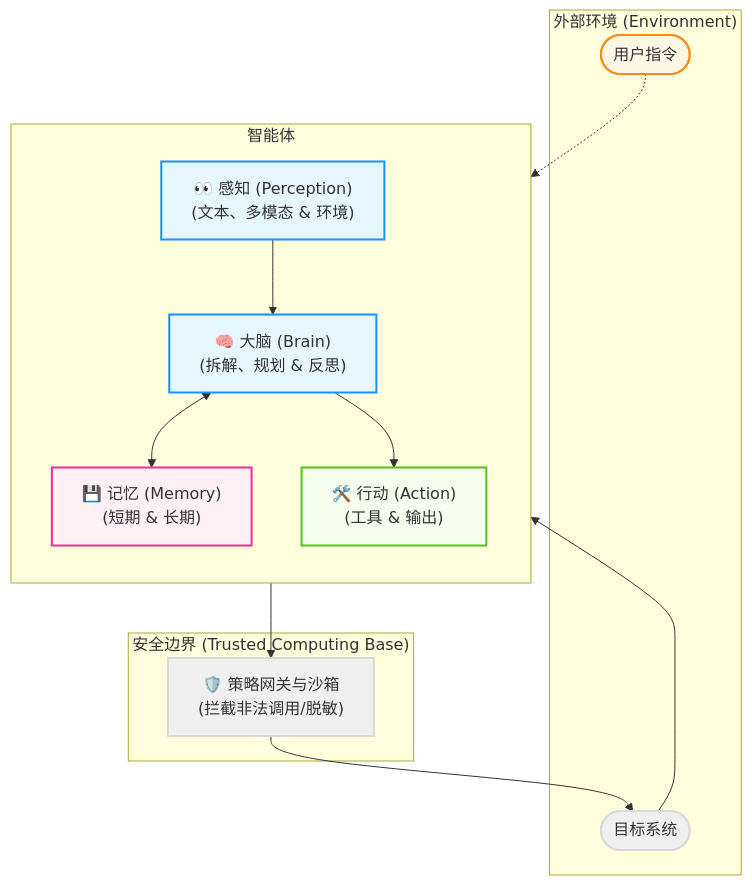
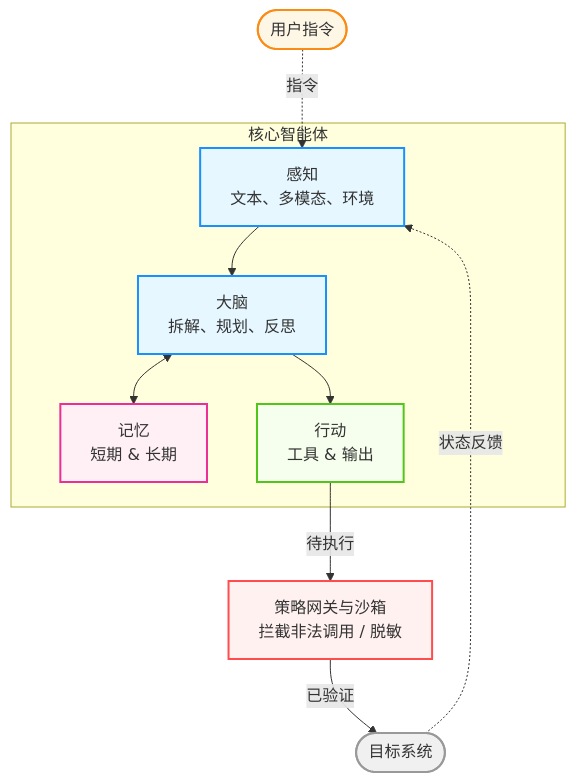
Before and after one commit to yeasy/agentic_ai_guide: the diagram in 01_paradigm/1.3_components.md, drawn with Mermaid.

Commit message:
Simplify Mermaid diagram layout for figure 1-3

````diff
--- a/01_paradigm/1.3_components.md
+++ b/01_paradigm/1.3_components.md
@@ -11,42 +11,29 @@
 ```mermaid
 graph TD
-    %% Agentic Design System
-    classDef env fill:#f0f0f0,stroke:#d9d9d9,stroke-width:2px;
+    classDef user fill:#fff7e6,stroke:#fa8c16,stroke-width:2px;
     classDef agent fill:#e6f7ff,stroke:#1890ff,stroke-width:2px;
     classDef memory fill:#fff0f6,stroke:#eb2f96,stroke-width:2px;
     classDef tool fill:#f6ffed,stroke:#52c41a,stroke-width:2px;
-    classDef user fill:#fff7e6,stroke:#fa8c16,stroke-width:2px;
+    classDef tcb fill:#fff1f0,stroke:#ff4d4f,stroke-width:2px;
+    classDef sys fill:#f0f0f0,stroke:#999,stroke-width:2px;
 
-    subgraph Environment["外部环境 (Environment)"]
-        UserNode(["用户指令"])
-        SystemNode(["目标系统"])
+    UserNode(["用户指令"]):::user
+
+    subgraph Core["核心智能体"]
+        Perception["感知<br/>文本、多模态、环境"]:::agent
+        Brain["大脑<br/>拆解、规划、反思"]:::agent
+        MemoryNode["记忆<br/>短期 & 长期"]:::memory
+        Action["行动<br/>工具 & 输出"]:::tool
     end
 
-    subgraph Agent["智能体"]
-        direction TB
-        Perception["👀 感知 (Perception)<br/>(文本、多模态 & 环境)"]
-        Brain["🧠 大脑 (Brain)<br/>(拆解、规划 & 反思)"]
-        MemoryNode["💾 记忆 (Memory)<br/>(短期 & 长期)"]
-        Action["🛠️ 行动 (Action)<br/>(工具 & 输出)"]
-        
-        Perception --> Brain
-        Brain <--> MemoryNode
-        Brain --> Action
-    end
+    Sandbox["策略网关与沙箱<br/>拦截非法调用 / 脱敏"]:::tcb
+    SystemNode(["目标系统"]):::sys
 
-    subgraph TCB["安全边界 (Trusted Computing Base)"]
-        Sandbox["🛡️ 策略网关与沙箱<br/>(拦截非法调用/脱敏)"]
-    end
-
-    UserNode -.-> Perception
-    SystemNode --> Perception
-    Action --> Sandbox
-    Sandbox --> SystemNode
-    
-    class UserNode user;
-    class SystemNode env;
-    class Perception,Brain agent;
-    class MemoryNode memory;
-    class Action tool;
-    class Sandbox env;
+    UserNode -.->|"指令"| Perception
+    Perception --> Brain
+    Brain <--> MemoryNode
+    Brain --> Action
+    Action -->|"待执行"| Sandbox
+    Sandbox -->|"已验证"| SystemNode
+    SystemNode -.->|"状态反馈"| Perception
 ```
````
